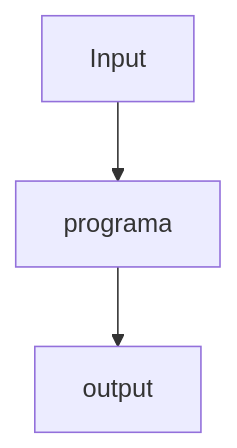
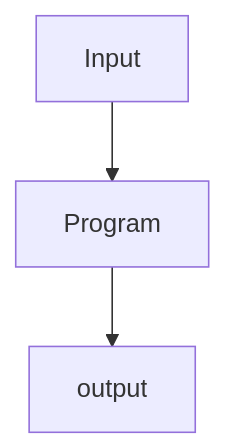
The second of 2 diagrams in content/posts/chat-gpt-y-la-habitacion-china-de-searle/index.en.md (EduardoZepeda/coffee-bytes-hugo), drawn with Mermaid before and after one commit. The commit also changed other lines of this file and 5 other files, not shown here.

````diff
--- a/content/posts/chat-gpt-y-la-habitacion-china-de-searle/index.en.md
+++ b/content/posts/chat-gpt-y-la-habitacion-china-de-searle/index.en.md
@@ -40,5 +40,5 @@
 ``` mermaid
 graph TD;
-    Input-->programa;
-    programa-->output;
+    Input-->Program;
+    Program-->output;
 ```
````
